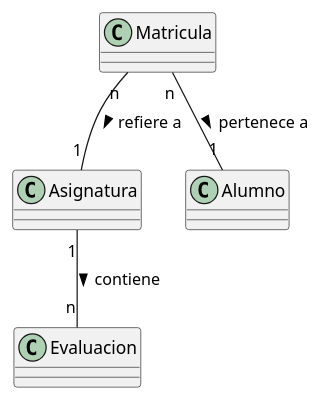
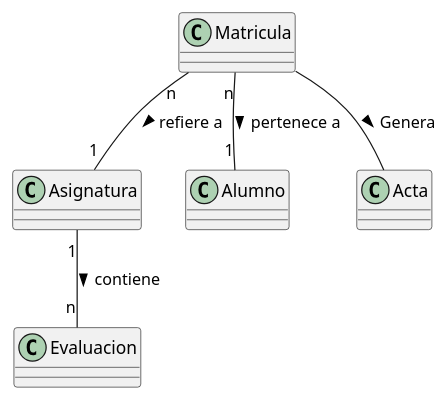
The diagram in modelosUML/DdC.puml (mmasias/hashSample), drawn with PlantUML before and after one commit. The commit also changed 4 other files, not shown here.

```diff
--- a/modelosUML/DdC.puml
+++ b/modelosUML/DdC.puml
@@ -1,7 +1,9 @@
 @startuml
 
 Asignatura "1" -- "n" Evaluacion : contiene >
 Matricula "n" -- "1" Alumno : pertenece a >
 Matricula "n" -- "1" Asignatura : refiere a >
 
+Matricula -- Acta : Genera >
+
 @enduml
```
